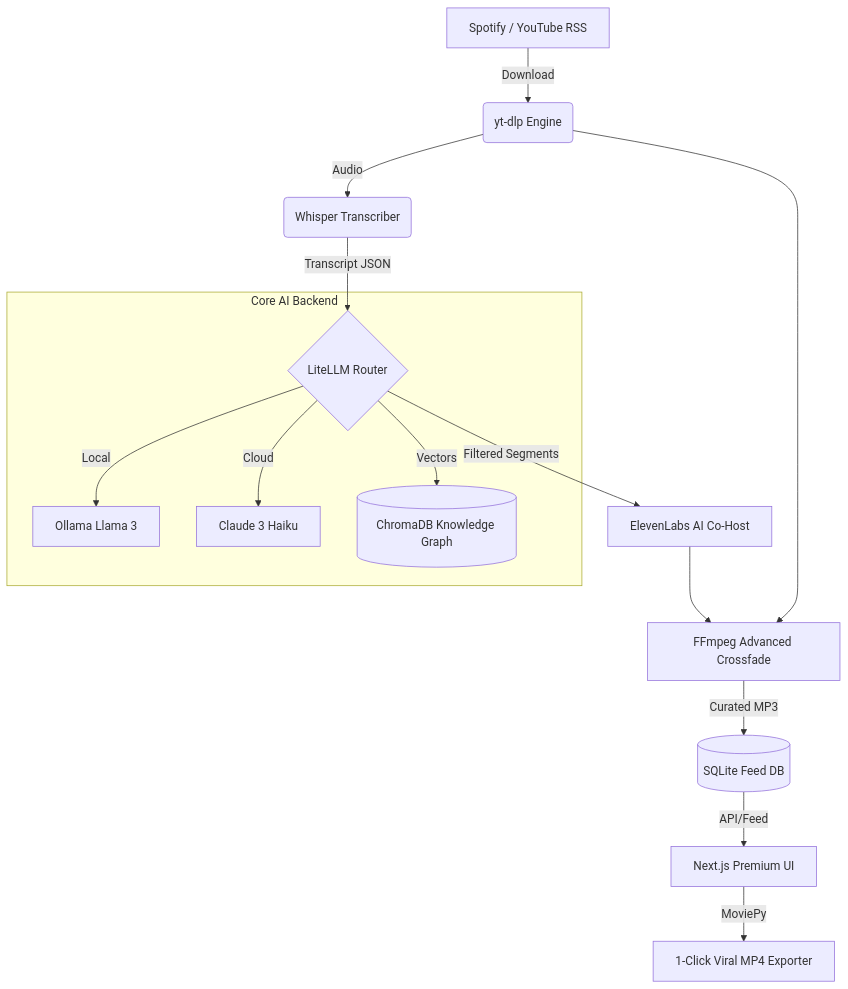
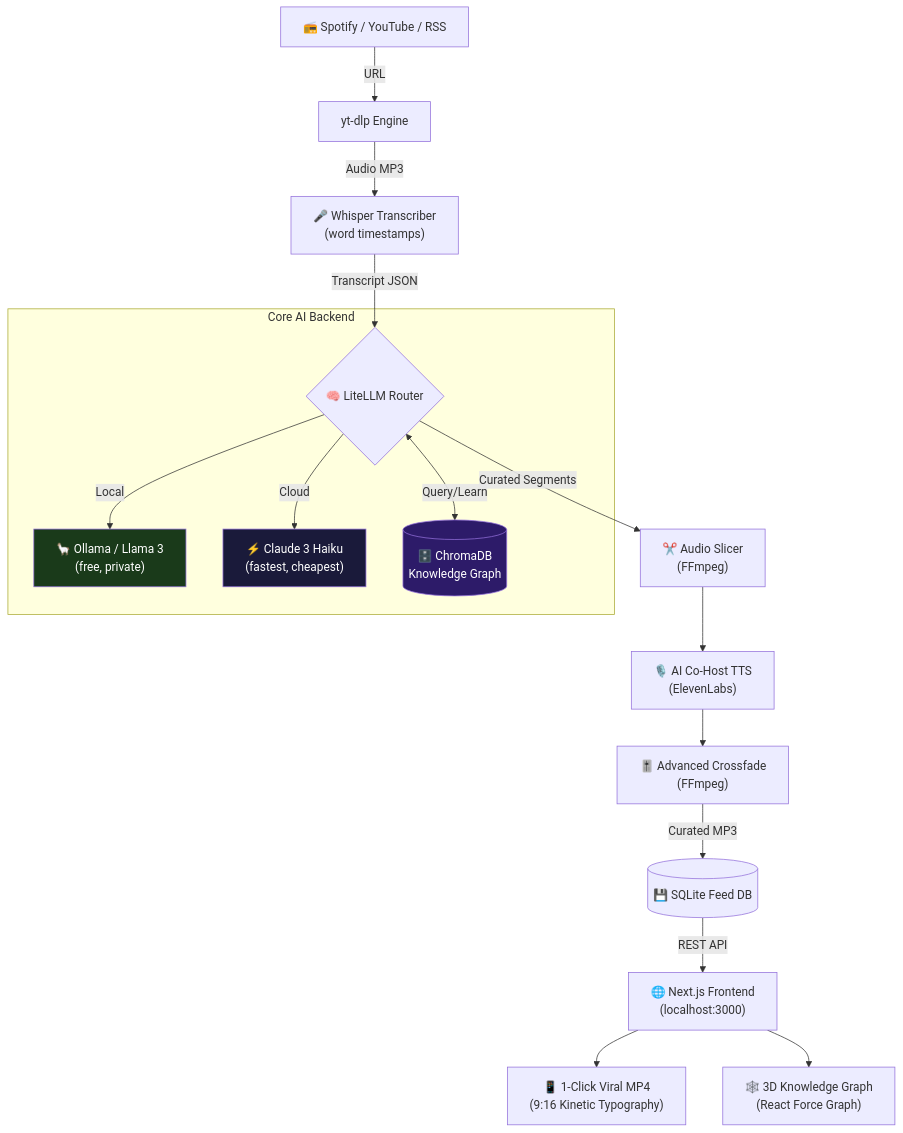
Before and after one commit to psreek-ai/PodcastSynthesis: the diagram in podcast-engine-2.0/README.md, drawn with Mermaid. The commit also changed other lines of this file and 28 other files, not shown here.

````diff
--- a/podcast-engine-2.0/README.md
+++ b/podcast-engine-2.0/README.md
@@ -35,20 +65,25 @@
 ```mermaid
 graph TD
-    A[Spotify / YouTube RSS] -->|Download| B(yt-dlp Engine)
-    B -->|Audio| C(Whisper Transcriber)
-    C -->|Transcript JSON| D{LiteLLM Router}
-    
-    subgraph Core AI Backend
-      D -->|Local| O[Ollama Llama 3]
-      D -->|Cloud| P[Claude 3 Haiku]
-      D -->|Vectors| K[(ChromaDB Knowledge Graph)]
+    A["📻 Spotify / YouTube / RSS"] -->|URL| B["yt-dlp Engine"]
+    B -->|Audio MP3| C["🎤 Whisper Transcriber\n(word timestamps)"]
+    C -->|Transcript JSON| D{"🧠 LiteLLM Router"}
+
+    subgraph "Core AI Backend"
+      D -->|Local| O["🦙 Ollama / Llama 3\n(free, private)"]
+      D -->|Cloud| P["⚡ Claude 3 Haiku\n(fastest, cheapest)"]
+      D <-->|Query/Learn| K[("🗄️ ChromaDB\nKnowledge Graph")]
     end
-    
-    D -->|Filtered Segments| E[ElevenLabs AI Co-Host]
-    E --> F[FFmpeg Advanced Crossfade]
-    B --> F
-    F -->|Curated MP3| G[(SQLite Feed DB)]
-    
-    G -->|API/Feed| H[Next.js Premium UI]
-    H -->|MoviePy| I[1-Click Viral MP4 Exporter]
+
+    D -->|Curated Segments| S["✂️ Audio Slicer\n(FFmpeg)"]
+    S --> E["🎙️ AI Co-Host TTS\n(ElevenLabs)"]
+    E --> F["🎚️ Advanced Crossfade\n(FFmpeg)"]
+    F -->|Curated MP3| G[("💾 SQLite Feed DB")]
+
+    G -->|REST API| H["🌐 Next.js Frontend\n(localhost:3000)"]
+    H --> I["📱 1-Click Viral MP4\n(9:16 Kinetic Typography)"]
+    H --> J["🕸️ 3D Knowledge Graph\n(React Force Graph)"]
+
+    style K fill:#2d1b69,color:#fff
+    style O fill:#1a3a1a,color:#fff
+    style P fill:#1a1a3a,color:#fff
 ```
````
